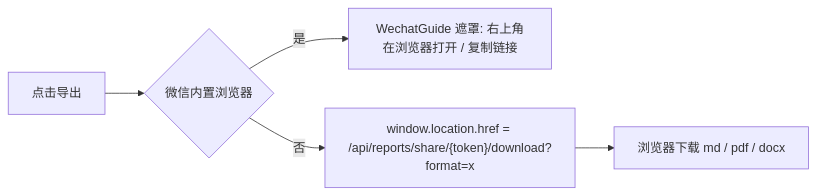
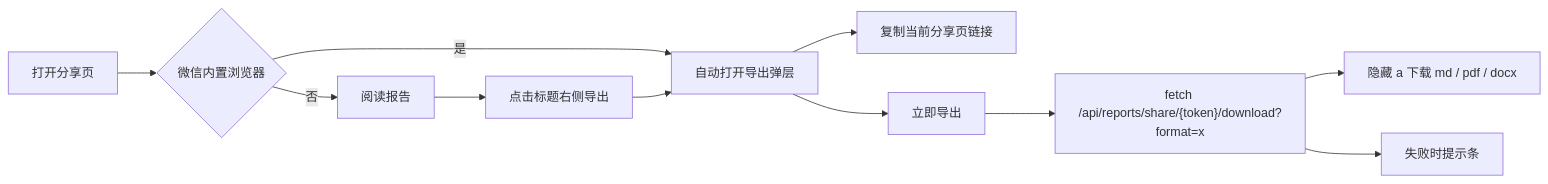
One commit to zhangjun2046/TradingAgents-CN-PLUS changed the third of 4 diagrams in doc/tech_solution.md. Above: the diagram before and after it, drawn with Mermaid. The commit also changed other lines of this file and 9 other files, not shown here.

````diff
--- a/doc/tech_solution.md
+++ b/doc/tech_solution.md
@@ -602,7 +603,13 @@
 ```mermaid
 flowchart LR
-  click[点击导出] --> isWx{微信内置浏览器}
-  isWx -->|是| guide[WechatGuide 遮罩: 右上角在浏览器打开 / 复制链接]
-  isWx -->|否| dl["window.location.href = /api/reports/share/{token}/download?format=x"]
-  dl --> file[浏览器下载 md / pdf / docx]
+  openPage[打开分享页] --> isWx{微信内置浏览器}
+  isWx -->|是| sheet[自动打开导出弹层]
+  isWx -->|否| read[阅读报告]
+  read --> tap[点击标题右侧导出]
+  tap --> sheet
+  sheet --> copy[复制当前分享页链接]
+  sheet --> dl[立即导出]
+  dl --> fetchDl["fetch /api/reports/share/{token}/download?format=x"]
+  fetchDl --> file[隐藏 a 下载 md / pdf / docx]
+  fetchDl --> toast[失败时提示条]
 ```
````
